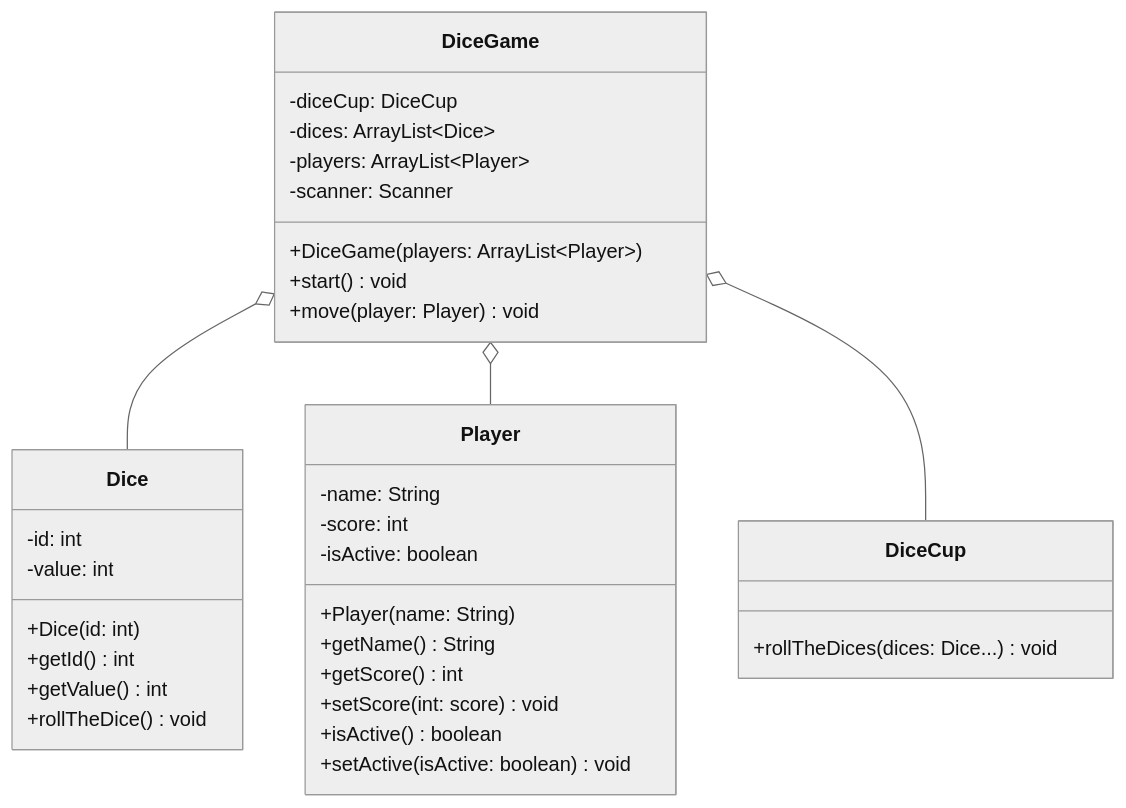
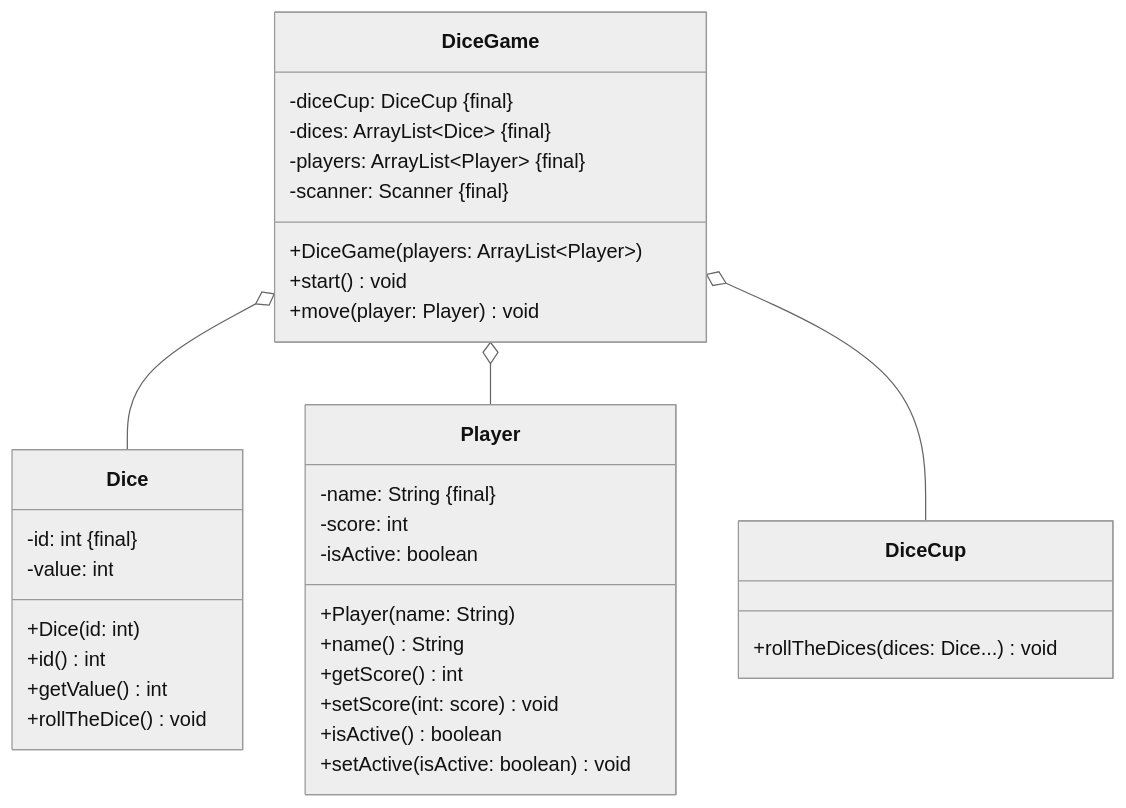
One commit to jappuccini/java-docs changed the diagram in docs/exercises/uml/class-diagrams02.mdx. Above: the diagram before and after it, drawn with Mermaid (neutral theme). The commit also changed 33 other files, not shown here.

Commit message:
add final-property, change getter-description, change list- and map-declarations

````diff
--- a/docs/exercises/uml/class-diagrams02.mdx
+++ b/docs/exercises/uml/class-diagrams02.mdx
@@ -18,41 +18,41 @@
 ```mermaid
 classDiagram
     DiceGame o-- Dice
     DiceGame o-- Player
     DiceGame o-- DiceCup
 
     class Player {
-        -name: String
+        -name: String &#123final&#125
         -score: int
         -isActive: boolean
         +Player(name: String)
-        +getName() String
+        +name() String
         +getScore() int
         +setScore(int: score) void
         +isActive() boolean
         +setActive(isActive: boolean) void
     }
 
     class Dice {
-        -id: int
+        -id: int &#123final&#125
         -value: int
         +Dice(id: int)
-        +getId() int
+        +id() int
         +getValue() int
         +rollTheDice() void
     }
 
     class DiceCup {
         +rollTheDices(dices: Dice...) void
     }
 
     class DiceGame {
-        -diceCup: DiceCup
-        -dices: ArrayList~Dice~
-        -players: ArrayList~Player~
-        -scanner: Scanner
+        -diceCup: DiceCup &#123final&#125
+        -dices: ArrayList~Dice~ &#123final&#125
+        -players: ArrayList~Player~ &#123final&#125
+        -scanner: Scanner &#123final&#125
         +DiceGame(players: ArrayList~Player~)
         +start() void
         +move(player: Player) void
     }
 ```
````
